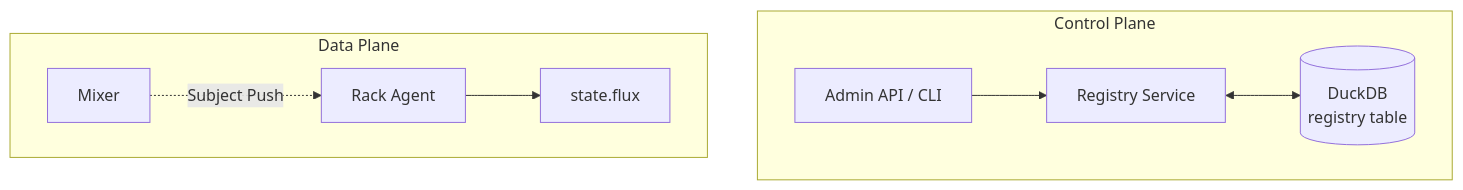
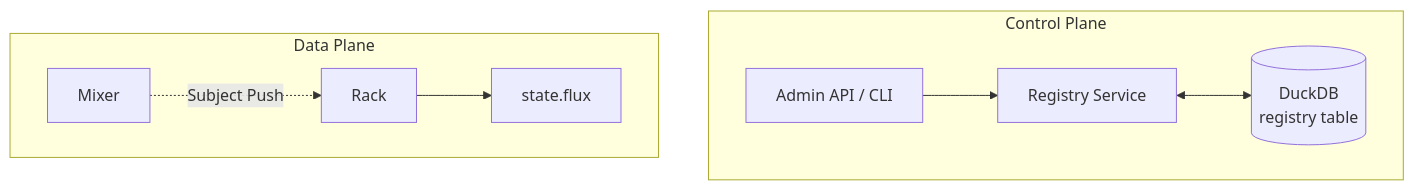
The first of 2 diagrams in docs/reference/registry.md (fluxrig/website), drawn with Mermaid before and after one commit. The commit also changed other lines of this file and 38 other files, not shown here.

````diff
--- a/docs/reference/registry.md
+++ b/docs/reference/registry.md
@@ -22,11 +22,11 @@
 ```mermaid
 graph TD
     subgraph Control Plane
         API[Admin API / CLI] --> RegSVC[Registry Service]
         RegSVC <--> DB[(DuckDB<br>registry table)]
     end
     subgraph Data Plane
-        Mixer -.->|Subject Push| RackAgent[Rack Agent]
+        Mixer -.->|Subject Push| RackAgent[Rack]
         RackAgent --> StateFile[state.flux]
     end
 ```
````
